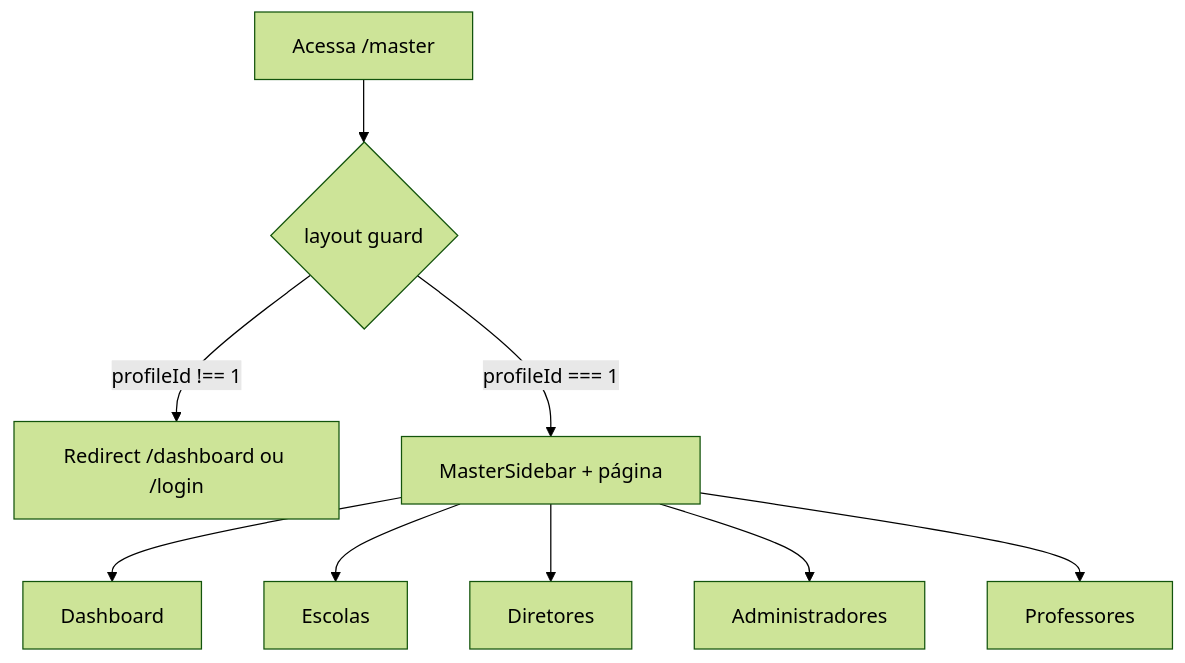
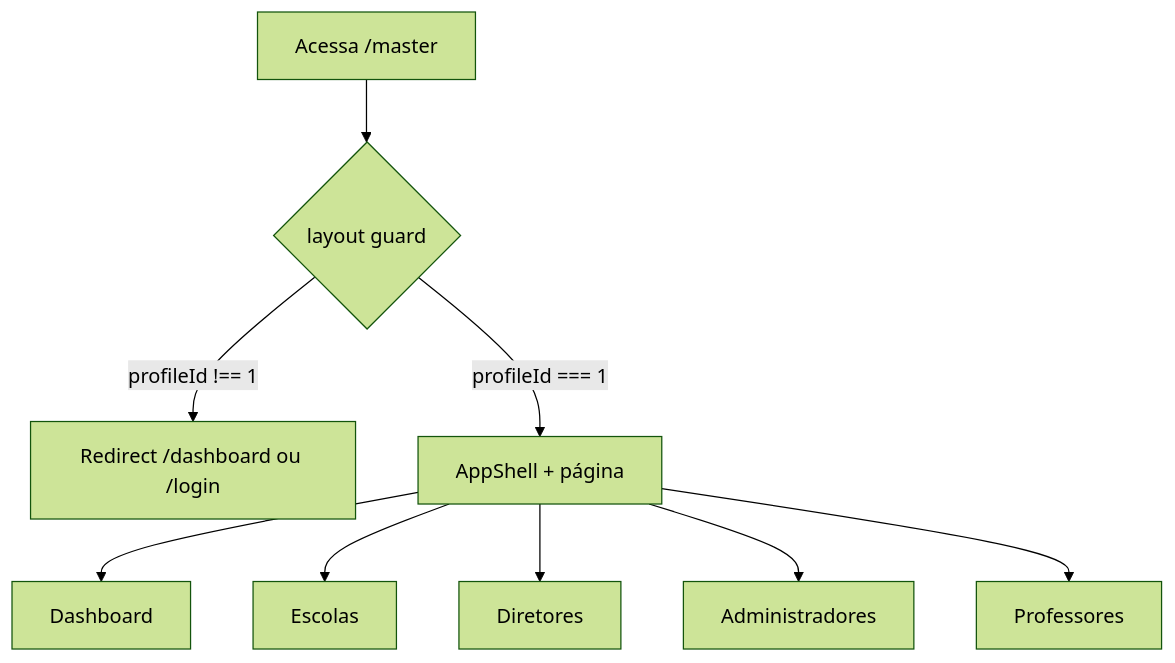
One commit to TROCA-AULA/troca-aula-front changed the diagram in docs/04-modulos/area-master.md. Above: the diagram before and after it, drawn with Mermaid (forest theme). The commit also changed other lines of this file and 175 other files, not shown here.

````diff
--- a/docs/04-modulos/area-master.md
+++ b/docs/04-modulos/area-master.md
@@ -81,11 +90,11 @@
 ```mermaid
 flowchart TB
     A[Acessa /master] --> L{layout guard}
     L -->|profileId !== 1| R[Redirect /dashboard ou /login]
-    L -->|profileId === 1| S[MasterSidebar + página]
+    L -->|profileId === 1| S[AppShell + página]
     S --> D[Dashboard]
     S --> E[Escolas]
     S --> DIR[Diretores]
     S --> ADM[Administradores]
     S --> PROF[Professores]
 ```
````
